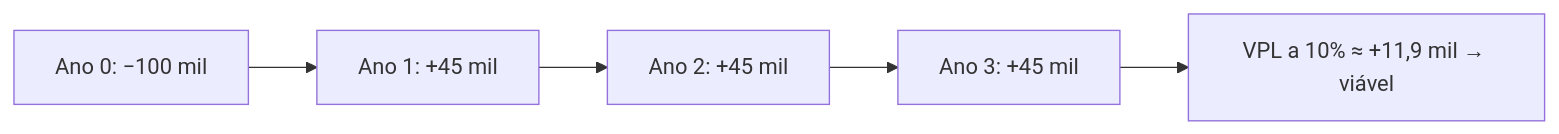
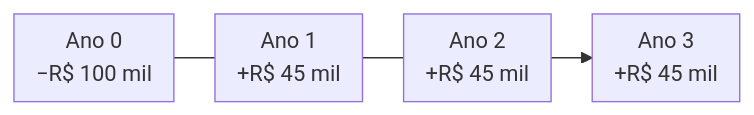
Before and after one commit to pedrotescaro/Stacklyst: the diagram in content/enade/empreendedorismo-e-gestao/viabilidade-economica.md, drawn with Mermaid. The commit also changed other lines of this file and 84 other files, not shown here.

Commit message:
feat(enade): redraw study library diagrams

````diff
--- a/content/enade/empreendedorismo-e-gestao/viabilidade-economica.md
+++ b/content/enade/empreendedorismo-e-gestao/viabilidade-economica.md
@@ -85,5 +87,13 @@
-```mermaid Fluxo de caixa do exemplo
+```mermaid Fluxo de caixa por ano
+---
+config:
+  flowchart:
+    nodeSpacing: 18
+    rankSpacing: 30
+    padding: 8
+---
 flowchart LR
-  T0["Ano 0: −100 mil"] --> T1["Ano 1: +45 mil"] --> T2["Ano 2: +45 mil"] --> T3["Ano 3: +45 mil"]
-  T3 --> V["VPL a 10% ≈ +11,9 mil → viável"]
+  T0["Ano 0<br/>−R$ 100 mil"] --- T1["Ano 1<br/>+R$ 45 mil"]
+  T1 --- T2["Ano 2<br/>+R$ 45 mil"]
+  T2 --> T3["Ano 3<br/>+R$ 45 mil"]
 ```
````
